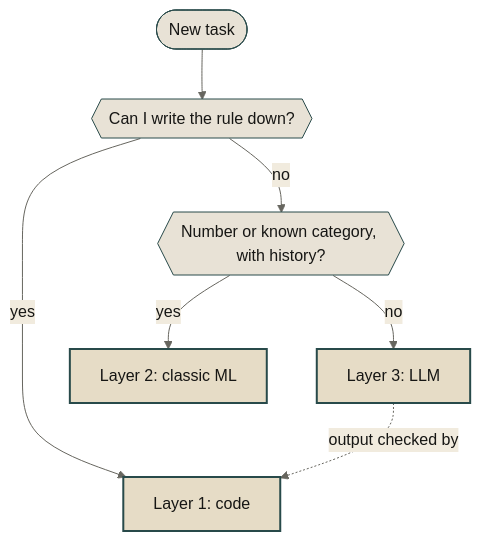
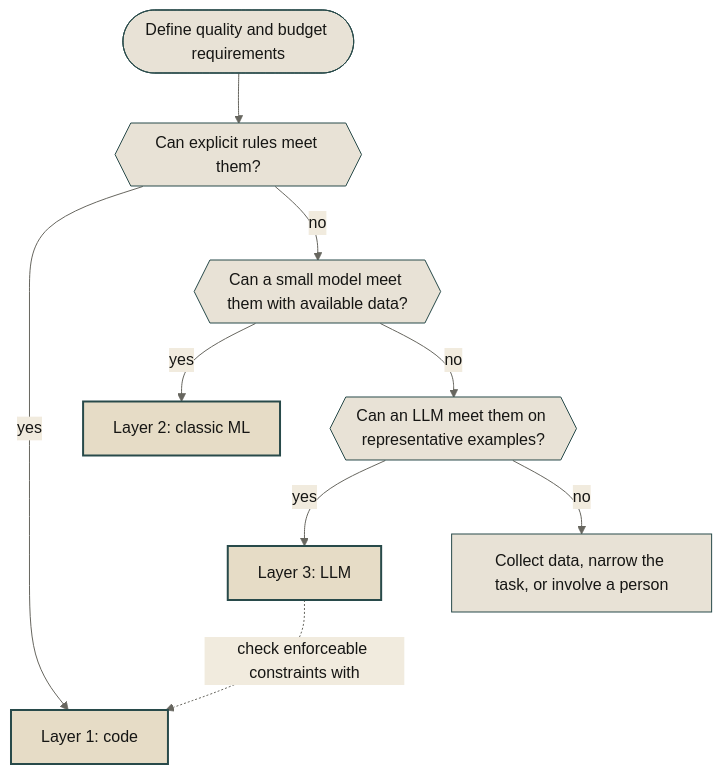
Before and after one commit to PythonicNinja/pythonic-ninja-blog: the diagram in web/src/pages/blog/2026-11-11-three-layers-of-compute.md, drawn with Mermaid. The commit also changed other lines of this file, not shown here.

````diff
--- a/web/src/pages/blog/2026-11-11-three-layers-of-compute.md
+++ b/web/src/pages/blog/2026-11-11-three-layers-of-compute.md
@@ -99,13 +100,15 @@
 ```mermaid
 %%{init: {'theme':'base', 'themeVariables': { 'primaryColor':'#e8e2d6', 'primaryTextColor':'#161614', 'primaryBorderColor':'#284a4a', 'lineColor':'#67665f', 'secondaryColor':'#f1ebde', 'tertiaryColor':'#e6dcc6', 'background':'#f1ebde', 'mainBkg':'#e8e2d6', 'secondBkg':'#e6dcc6', 'border1':'#284a4a', 'border2':'#67665f', 'arrowheadColor':'#284a4a', 'fontFamily':'Inter, system-ui, sans-serif' }}}%%
 flowchart TD
-    T(["New task"]) --> Q1{{"Can I write the rule down?"}}
+    T(["Define quality and budget requirements"]) --> Q1{{"Can explicit rules meet them?"}}
     Q1 -->|yes| L1["Layer 1: code"]
-    Q1 -->|no| Q2{{"Number or known category, with history?"}}
+    Q1 -->|no| Q2{{"Can a small model meet them with available data?"}}
     Q2 -->|yes| L2["Layer 2: classic ML"]
-    Q2 -->|no| L3["Layer 3: LLM"]
-    L3 -.->|output checked by| L1
+    Q2 -->|no| Q3{{"Can an LLM meet them on representative examples?"}}
+    Q3 -->|yes| L3["Layer 3: LLM"]
+    Q3 -->|no| R["Collect data, narrow the task, or involve a person"]
+    L3 -.->|check enforceable constraints with| L1
 
     classDef layer fill:#e6dcc6,stroke:#284a4a,stroke-width:2px,color:#161614
     class L1,L2,L3 layer
 ```
````
